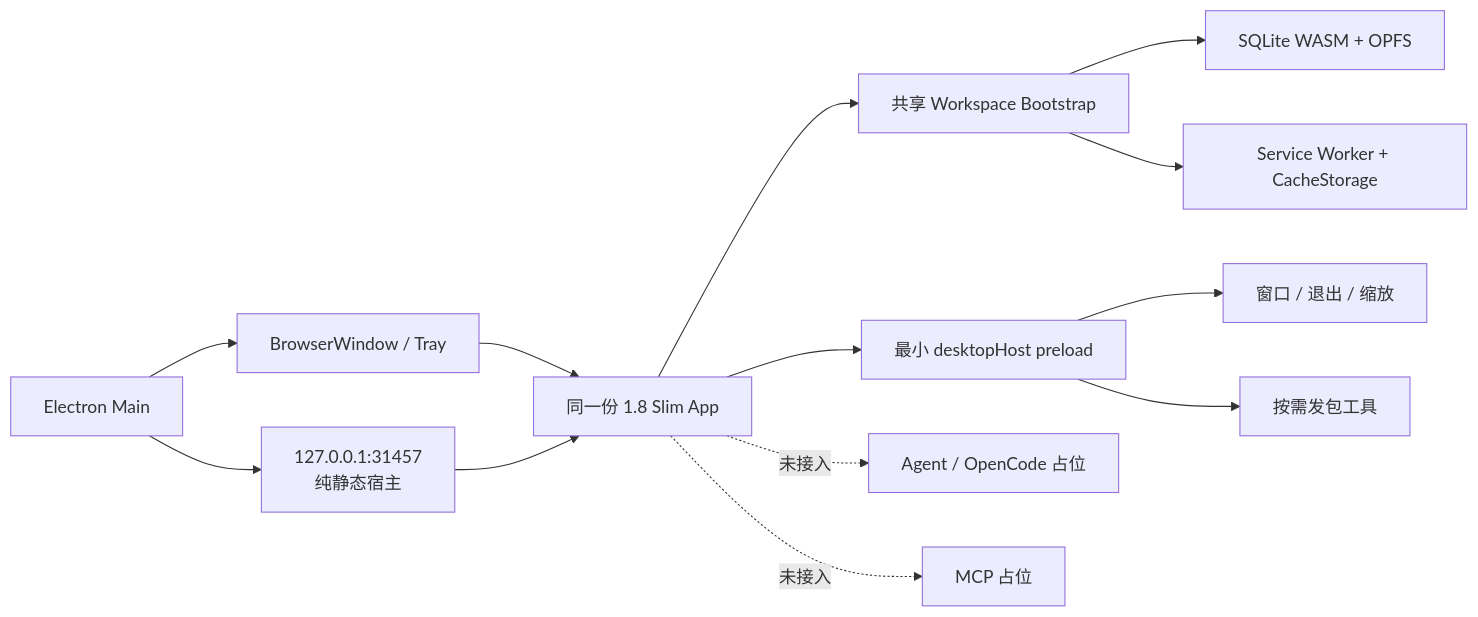
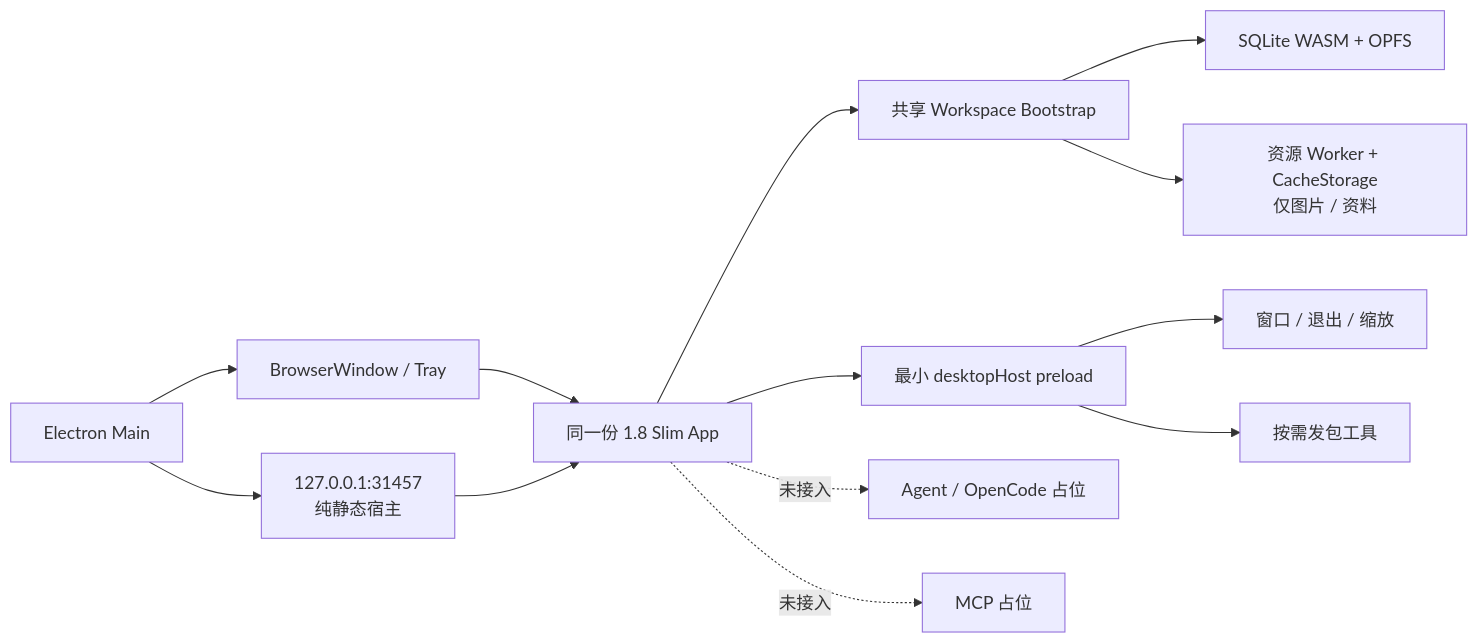
The diagram in docs/architecture/audits/v1.8-slim-electron-shell-migration-20260806.md (Pandluto/dmg-end-field), drawn with Mermaid before and after one commit. The commit also changed other lines of this file, not shown here.

````diff
--- a/docs/architecture/audits/v1.8-slim-electron-shell-migration-20260806.md
+++ b/docs/architecture/audits/v1.8-slim-electron-shell-migration-20260806.md
@@ -72,15 +78,15 @@
 ```mermaid
 flowchart LR
   Main["Electron Main"] --> Window["BrowserWindow / Tray"]
   Main --> Host["127.0.0.1:31457<br/>纯静态宿主"]
   Window --> App["同一份 1.8 Slim App"]
   Host --> App
   App --> Workspace["共享 Workspace Bootstrap"]
   Workspace --> SQLite["SQLite WASM + OPFS"]
-  Workspace --> Cache["Service Worker + CacheStorage"]
+  Workspace --> Cache["资源 Worker + CacheStorage<br/>仅图片 / 资料"]
   App --> Bridge["最小 desktopHost preload"]
   Bridge --> Shell["窗口 / 退出 / 缩放"]
   Bridge --> Release["按需发包工具"]
   App -. "未接入" .-> Agent["Agent / OpenCode 占位"]
   App -. "未接入" .-> MCP["MCP 占位"]
 ```
````
